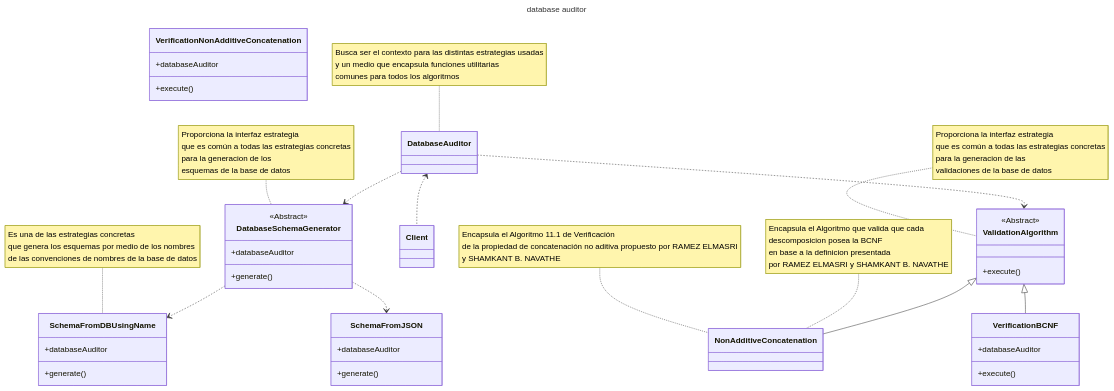
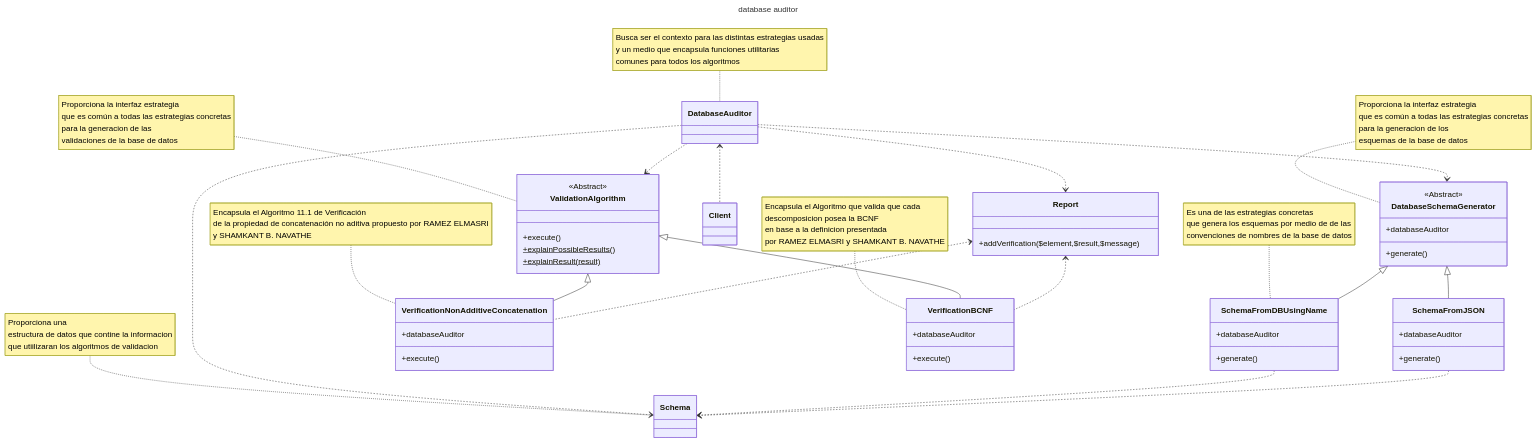
One commit to israeldavidvm/database-auditor changed the first of 3 diagrams in README.md. Above: the diagram before and after it, drawn with Mermaid. The commit also changed other lines of this file and 3 other files, not shown here.

Commit message:
docs: :memo: Actualizacion de algunas partes de la documentacion falta terminar de revisar los diagramas de mermaid

```diff
--- a/README.md
+++ b/README.md
@@ -214,6 +445,9 @@
     comunes para todos los algoritmos"
 
     DatabaseAuditor ..> DatabaseSchemaGenerator
+    DatabaseAuditor ..> Report
+    DatabaseAuditor ..> Schema
+
 
     class DatabaseSchemaGenerator{
         <<Abstract>>
@@ -226,8 +460,13 @@
     para la generacion de los 
     esquemas de la base de datos"
 
-    DatabaseSchemaGenerator ..> SchemaFromDBUsingName
-    DatabaseSchemaGenerator ..> SchemaFromJSON
+    DatabaseSchemaGenerator <|-- SchemaFromDBUsingName
+    DatabaseSchemaGenerator <|-- SchemaFromJSON 
+    
+
+    class Schema{
+
+    }
 
     class SchemaFromJSON{
         +databaseAuditor
@@ -239,9 +478,17 @@
         +generate()
     }
 
+    SchemaFromDBUsingName ..> Schema
+    SchemaFromJSON ..> Schema
+
+    note for Schema "Proporciona una 
+    estructura de datos que contine la informacion
+    que utiilizaran los algoritmos de validacion"
+
+
     note for SchemaFromDBUsingName "Es una de las estrategias concretas 
-    que genera los esquemas por medio de los nombres
-     de las convenciones de nombres de la base de datos"
+    que genera los esquemas por medio de de las 
+    convenciones de nombres de la base de datos"
 
     DatabaseAuditor ..> ValidationAlgorithm
 
@@ -253,11 +500,19 @@
     class ValidationAlgorithm{
         <<Abstract>>
         +execute()
+        +explainPossibleResults()$
+        +explainResult(result)$
     }
 
-    ValidationAlgorithm <|-- NonAdditiveConcatenation
+    ValidationAlgorithm <|-- VerificationNonAdditiveConcatenation
     ValidationAlgorithm <|-- VerificationBCNF
 
+    Report <.. VerificationNonAdditiveConcatenation
+    Report <.. VerificationBCNF
+
+    class Report{
+        +addVerification($element,$result,$message)
+    }
 
     class VerificationNonAdditiveConcatenation{
         +databaseAuditor
@@ -265,7 +520,7 @@
     }
 
 
-    note for NonAdditiveConcatenation "Encapsula el Algoritmo 11.1 de Verificación 
+    note for VerificationNonAdditiveConcatenation "Encapsula el Algoritmo 11.1 de Verificación 
 de la propiedad de concatenación no aditiva propuesto por RAMEZ ELMASRI 
 y SHAMKANT B. NAVATHE"
 
@@ -274,7 +529,7 @@
         +execute()
     }
 
-    note for NonAdditiveConcatenation "Encapsula el Algoritmo que valida que cada 
+    note for VerificationBCNF "Encapsula el Algoritmo que valida que cada 
     descomposicion posea la BCNF 
     en base a la definicion presentada 
     por RAMEZ ELMASRI y SHAMKANT B. NAVATHE"
```
